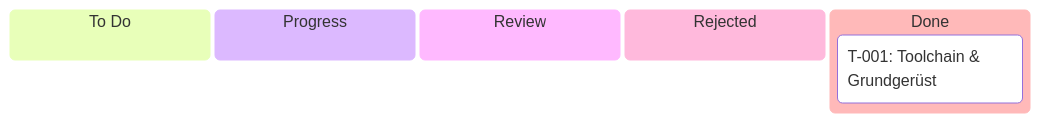
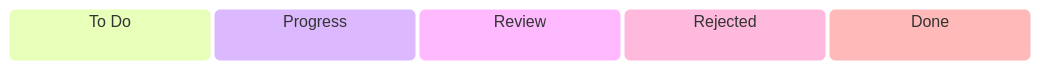
Before and after one commit to AFE-GmdG/logic-circuit-web: the diagram in docs/scrum-board.md, drawn with Mermaid. The commit also changed other lines of this file and 352 other files, not shown here.

````diff
--- a/docs/scrum-board.md
+++ b/docs/scrum-board.md
@@ -13,9 +12,8 @@
 ```mermaid
 kanban
   Todo[To Do]
   Progress[Progress]
   Review[Review]
   Rejected[Rejected]
   Done[Done]
-    T001[T-001: Toolchain & Grundgerüst]
 ```
````
